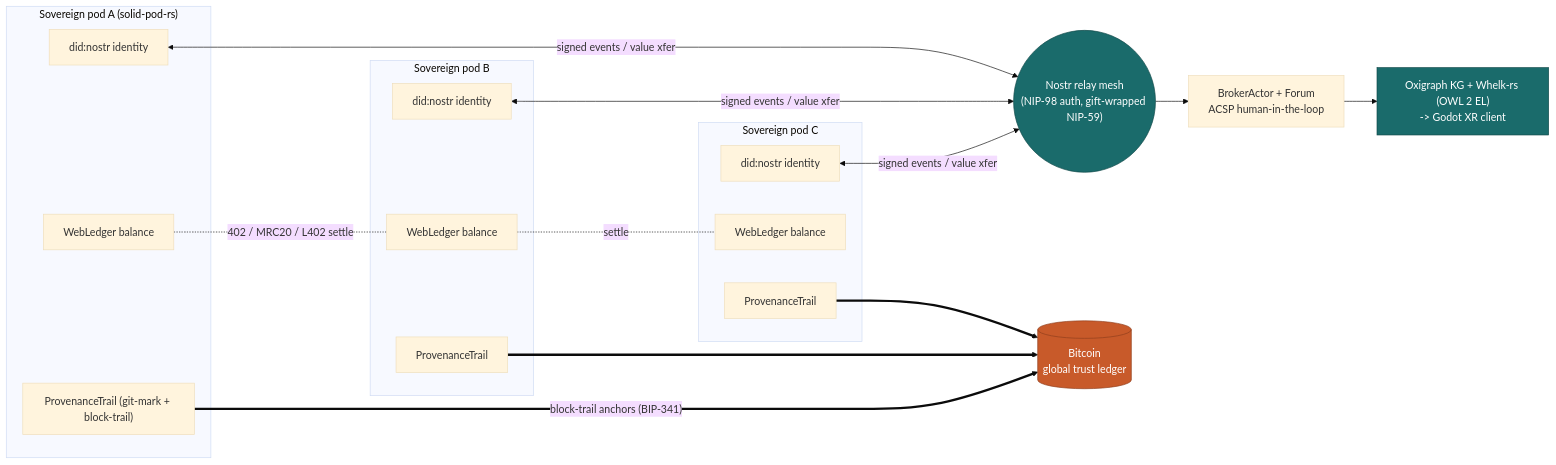
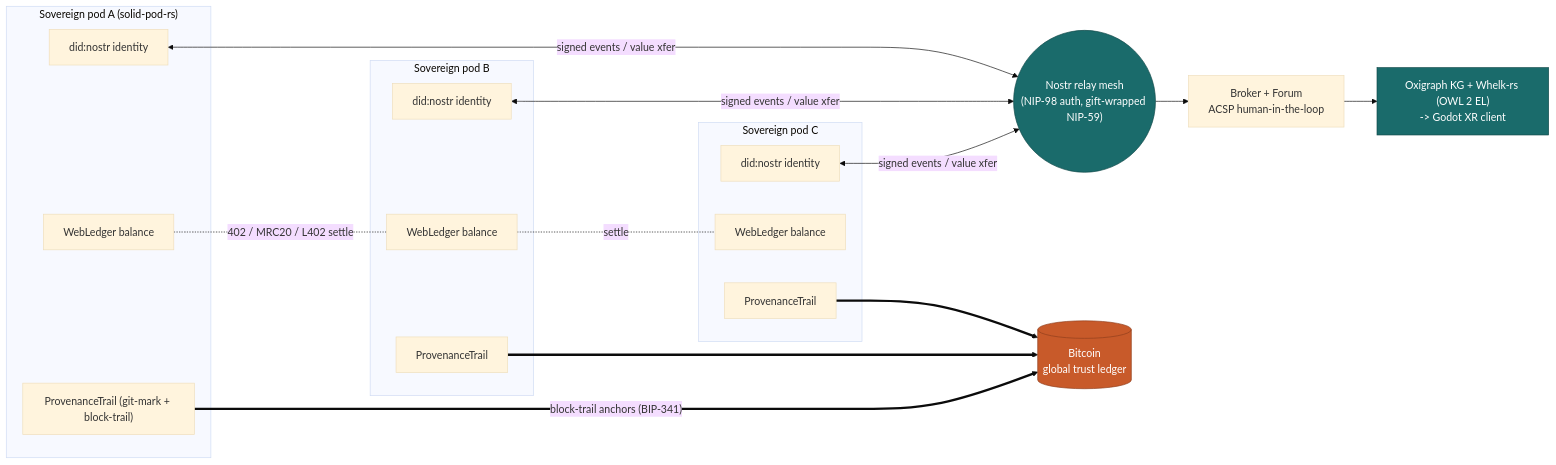
One commit to DreamLab-AI/AR-AI-Knowledge-Graph changed the fourth of 7 diagrams in docs/adr/ADR-111-ecosystem-infographic-modernisation.md. Above: the diagram before and after it, drawn with Mermaid (base theme). The commit also changed other lines of this file and 12 other files, not shown here.

````diff
--- a/docs/adr/ADR-111-ecosystem-infographic-modernisation.md
+++ b/docs/adr/ADR-111-ecosystem-infographic-modernisation.md
@@ -307,38 +307,38 @@
 ```mermaid
 flowchart LR
     subgraph POD_A["Sovereign pod A (solid-pod-rs)"]
         IA["did:nostr identity"]
         WA["WebLedger balance"]
         TA["ProvenanceTrail (git-mark + block-trail)"]
     end
     subgraph POD_B["Sovereign pod B"]
         IB["did:nostr identity"]
         WB["WebLedger balance"]
         TB["ProvenanceTrail"]
     end
     subgraph POD_C["Sovereign pod C"]
         IC["did:nostr identity"]
         WC["WebLedger balance"]
         TC["ProvenanceTrail"]
     end
 
     RELAY(("Nostr relay mesh\n(NIP-98 auth, gift-wrapped NIP-59)"))
 
     IA <-->|signed events / value xfer| RELAY
     IB <-->|signed events / value xfer| RELAY
     IC <-->|signed events / value xfer| RELAY
 
-    RELAY --> BROKER["BrokerActor + Forum\nACSP human-in-the-loop"]
+    RELAY --> BROKER["Broker + Forum\nACSP human-in-the-loop"]
     BROKER --> KG["Oxigraph KG + Whelk-rs (OWL 2 EL)\n-> Godot XR client"]
 
     WA -. "402 / MRC20 / L402 settle" .- WB
     WB -. settle .- WC
     TA == "block-trail anchors (BIP-341)" ==> CHAIN[("Bitcoin\nglobal trust ledger")]
     TB ==> CHAIN
     TC ==> CHAIN
 
     classDef teal fill:#1A6B6B,stroke:#0f4747,color:#fff
     classDef orange fill:#C85A2A,stroke:#8f3d1c,color:#fff
     class RELAY,KG teal
     class CHAIN orange
 ```
````
